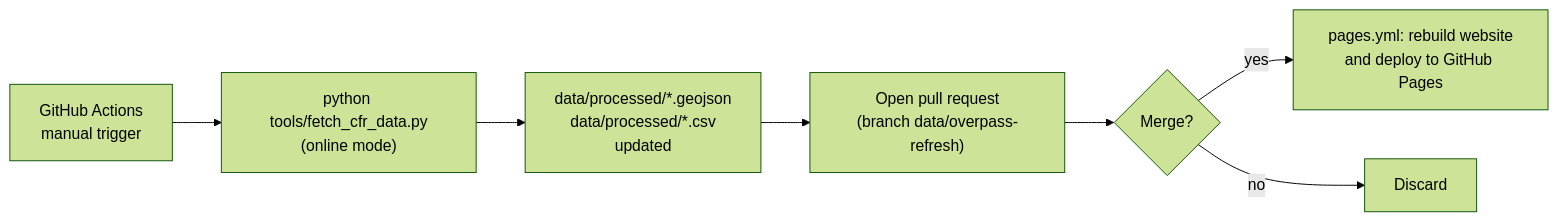
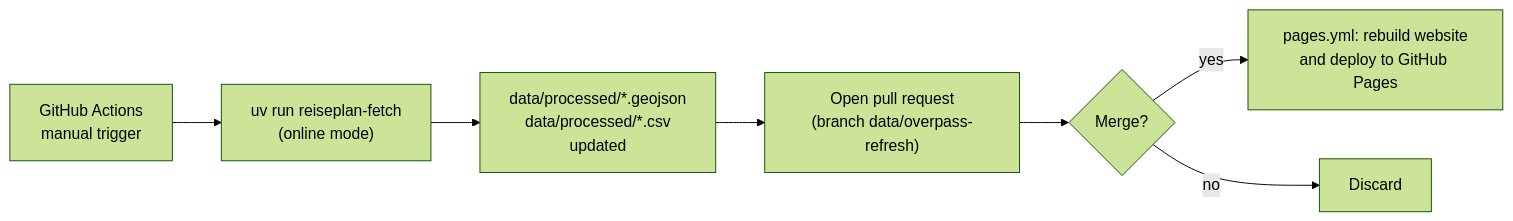
Before and after one commit to yuszuv/ulmer-schachtel: the fifth of 5 diagrams in docs/06_cfr_data_fetch.md, drawn with Mermaid (forest theme). The commit also changed other lines of this file and 5 other files, not shown here.

````diff
--- a/docs/06_cfr_data_fetch.md
+++ b/docs/06_cfr_data_fetch.md
@@ -396,9 +420,9 @@
 ```mermaid
 flowchart LR
-    A["GitHub Actions\nmanual trigger"] --> B["python tools/fetch_cfr_data.py\n(online mode)"]
+    A["GitHub Actions\nmanual trigger"] --> B["uv run reiseplan-fetch\n(online mode)"]
     B --> C["data/processed/*.geojson\ndata/processed/*.csv\nupdated"]
     C --> D["Open pull request\n(branch data/overpass-refresh)"]
     D --> E{Merge?}
     E -- yes --> F["pages.yml: rebuild website\nand deploy to GitHub Pages"]
     E -- no --> G["Discard"]
 ```
````
